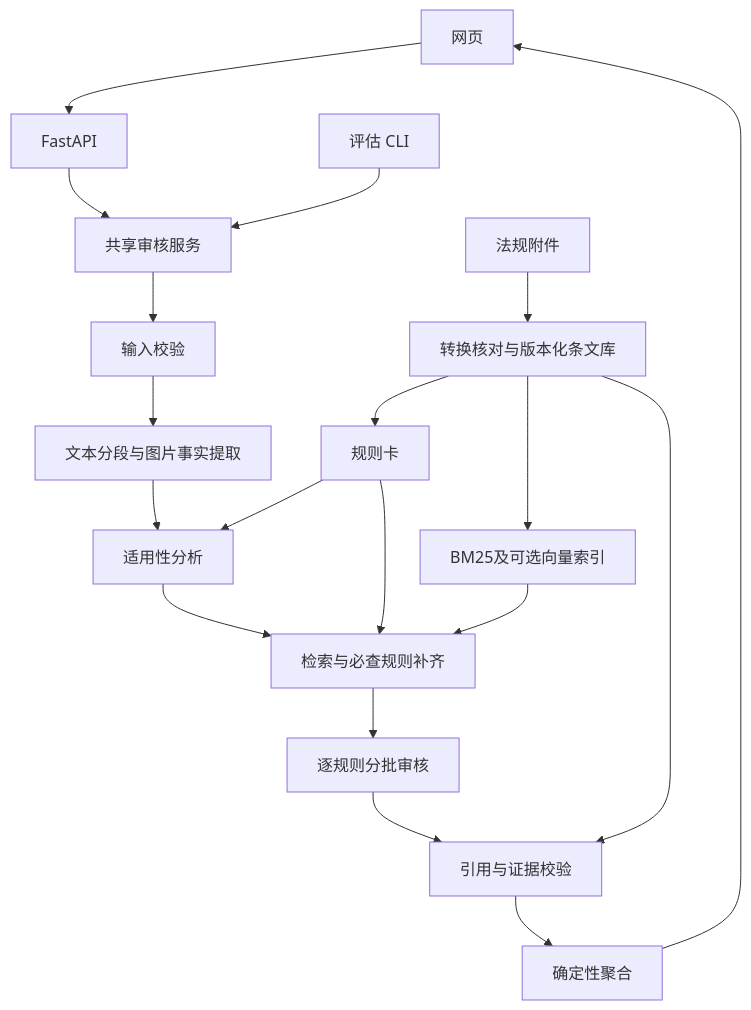
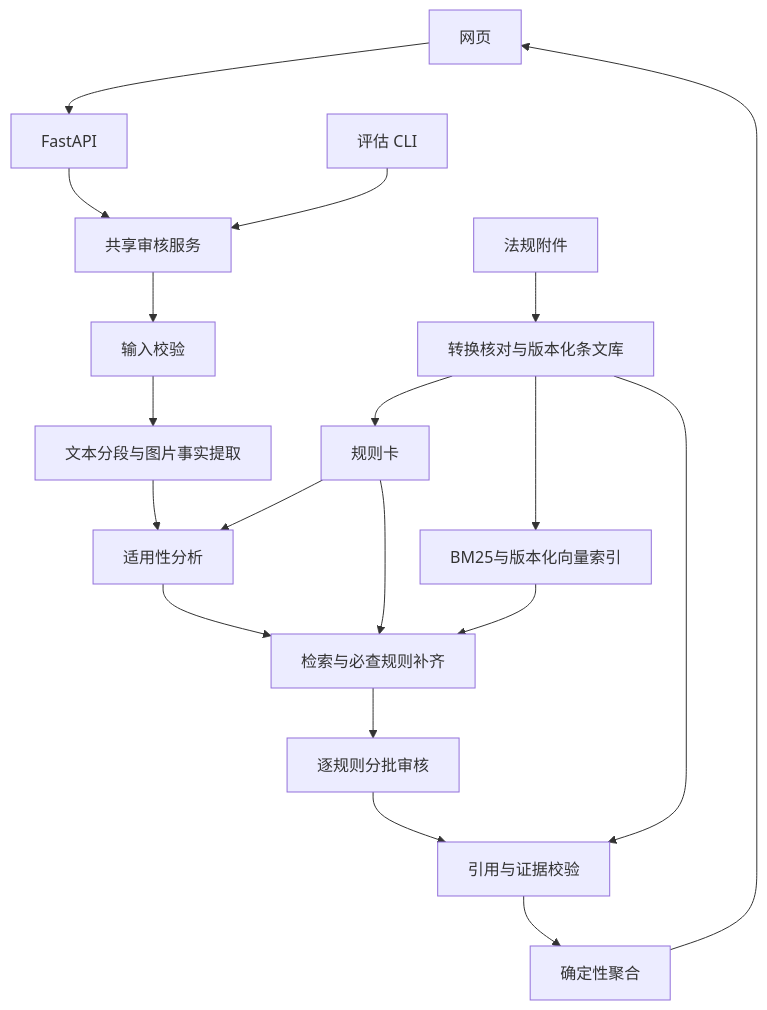
Before and after one commit to yuwei823/baoxuanzhushou: the diagram in SPEC.md, drawn with Mermaid. The commit also changed other lines of this file and 25 other files, not shown here.

````diff
--- a/SPEC.md
+++ b/SPEC.md
@@ -81,22 +81,22 @@
 ```mermaid
 flowchart TD
     UI[网页] --> API[FastAPI]
     API --> W[共享审核服务]
     EV[评估 CLI] --> W
     W --> V[输入校验]
     V --> E[文本分段与图片事实提取]
     E --> S[适用性分析]
     S --> R[检索与必查规则补齐]
     R --> J[逐规则分批审核]
     J --> K[引用与证据校验]
     K --> G[确定性聚合]
     G --> UI
 
     D[法规附件] --> A[转换核对与版本化条文库]
     A --> C[规则卡]
-    A --> I[BM25及可选向量索引]
+    A --> I[BM25与版本化向量索引]
     C --> S
     C --> R
     I --> R
     A --> K
 ```
````
